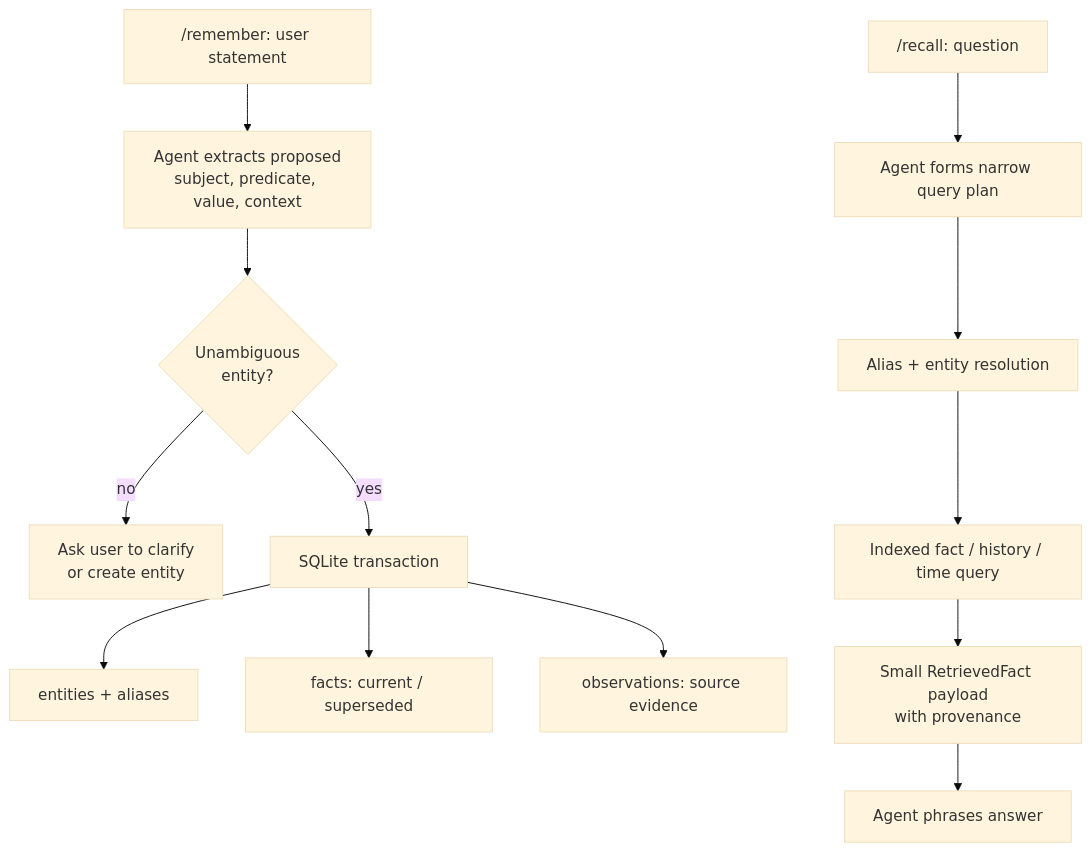
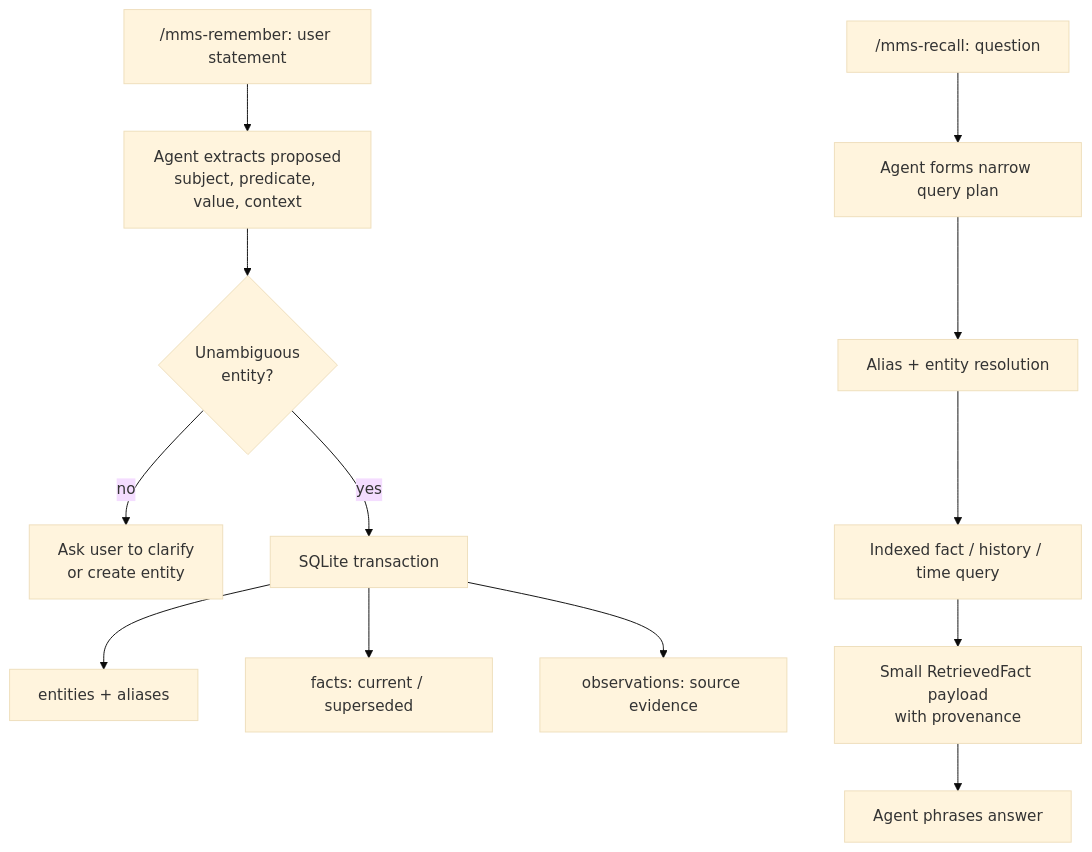
The diagram in docs/adr/0001-local-deterministic-memory.md (umarf2212/knowledge-manager), drawn with Mermaid (base theme) before and after one commit. The commit also changed other lines of this file and 15 other files, not shown here.

````diff
--- a/docs/adr/0001-local-deterministic-memory.md
+++ b/docs/adr/0001-local-deterministic-memory.md
@@ -19,16 +19,16 @@
 ```mermaid
 flowchart TB
-  A["/remember: user statement"] --> B["Agent extracts proposed\nsubject, predicate, value, context"]
+  A["/mms-remember: user statement"] --> B["Agent extracts proposed\nsubject, predicate, value, context"]
   B --> C{"Unambiguous\nentity?"}
   C -- "no" --> D["Ask user to clarify\nor create entity"]
   C -- "yes" --> E["SQLite transaction"]
   E --> F["entities + aliases"]
   E --> G["facts: current / superseded"]
   E --> H["observations: source evidence"]
 
-  I["/recall: question"] --> J["Agent forms narrow query plan"]
+  I["/mms-recall: question"] --> J["Agent forms narrow query plan"]
   J --> K["Alias + entity resolution"]
   K --> L["Indexed fact / history / time query"]
   L --> M["Small RetrievedFact payload\nwith provenance"]
   M --> N["Agent phrases answer"]
 ```
````
